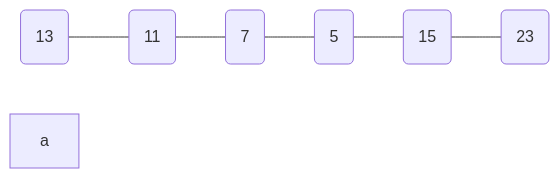
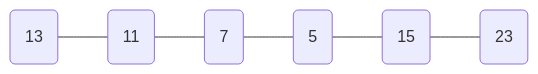
Before and after one commit to ITHwang/ITHwang.github.io: the sixth of 20 diagrams in _posts/2021-03-03-algorithm-bubble-sort-cpp.md, drawn with Mermaid. The commit also changed other lines of this file, not shown here.

````diff
--- a/_posts/2021-03-03-algorithm-bubble-sort-cpp.md
+++ b/_posts/2021-03-03-algorithm-bubble-sort-cpp.md
@@ -52,5 +52,4 @@
         ```mermaid
         graph LR
         A(13)---B(11)---C(7)---D(5)---E(15)---F(23)
-        a
         ```
````
